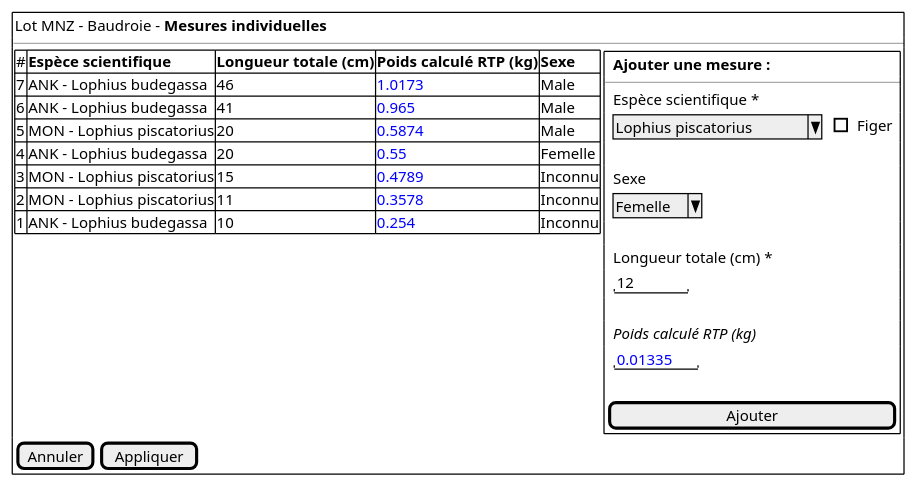
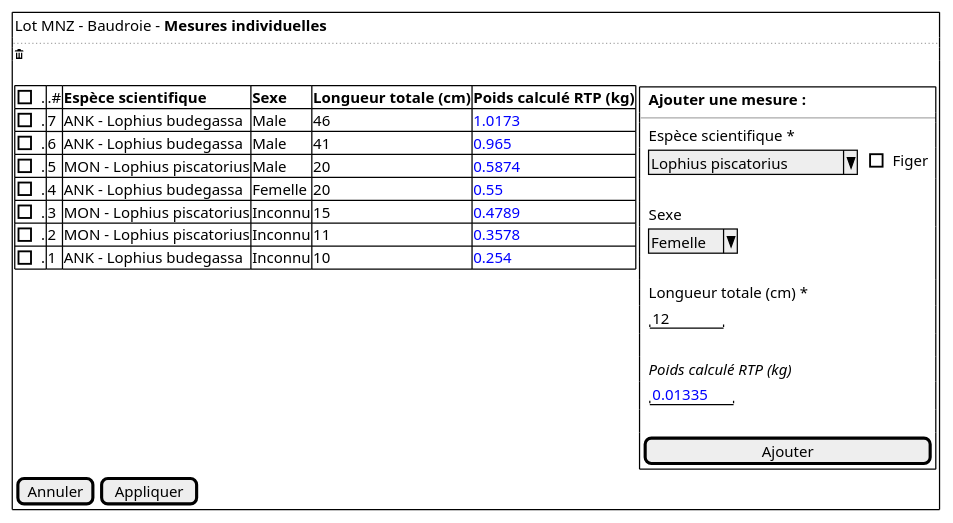
Before and after one commit to sumaris-net/sumaris-doc: the diagram in projects/common/spe/images/individual-measures.puml, drawn with PlantUML. The commit also changed 4 other files, not shown here.

```diff
--- a/projects/common/spe/images/individual-measures.puml
+++ b/projects/common/spe/images/individual-measures.puml
@@ -1,41 +1,42 @@
 @startsalt
  {+
   { Lot MNZ - Baudroie - <b>Mesures individuelles }
-
-  --
+  ..
+  <&trash>
+  .
 
   {
 	{#
-      # | <b>Espèce scientifique | <b>Longueur totale (cm) | <b>Poids calculé RTP (kg) | <b>Sexe
-      7 | ANK - Lophius budegassa   | 46 | <color:blue>1.0173 | Male
-      6 | ANK - Lophius budegassa   | 41 | <color:blue>0.965  | Male
-      5 | MON - Lophius piscatorius | 20 | <color:blue>0.5874 | Male
-      4 | ANK - Lophius budegassa   | 20 | <color:blue>0.55   | Femelle
-      3 | MON - Lophius piscatorius | 15 | <color:blue>0.4789 | Inconnu
-      2 | MON - Lophius piscatorius | 11 | <color:blue>0.3578 | Inconnu
-      1 | ANK - Lophius budegassa   | 10 | <color:blue>0.254  | Inconnu
+      [].| .# | <b>Espèce scientifique | <b>Sexe | <b>Longueur totale (cm) | <b>Poids calculé RTP (kg)
+      [].| 7 | ANK - Lophius budegassa   | Male | 46 | <color:blue>1.0173
+      [].| 6 | ANK - Lophius budegassa   | Male | 41 | <color:blue>0.965
+      [].| 5 | MON - Lophius piscatorius | Male | 20 | <color:blue>0.5874
+      [].| 4 | ANK - Lophius budegassa   | Femelle | 20 | <color:blue>0.55
+      [].| 3 | MON - Lophius piscatorius | Inconnu | 15 | <color:blue>0.4789
+      [].| 2 | MON - Lophius piscatorius | Inconnu | 11 | <color:blue>0.3578
+      [].| 1 | ANK - Lophius budegassa   | Inconnu | 10 | <color:blue>0.254
     } |
 
     {
       {+
         { | . |  <b>Ajouter une mesure :  | . }
         --
         { | . | Espèce scientifique *  | . }
         { | . | ^Lophius piscatorius^   | .  | [ ] Figer }
         .
         { | . | Sexe  | . }
         { | . | ^Femelle^  }
         .
         { | . | Longueur totale (cm) * | .  }
         { | . | "   12  "  }
         .
         { | . | <i>Poids calculé RTP (kg)  | . }
         { | . | "<color:blue>0.01335 " | .  }
         .
         { [                     Ajouter] }
         }
      }
     }
     {[Annuler] | [Appliquer]}
   }
 @endsalt
```
